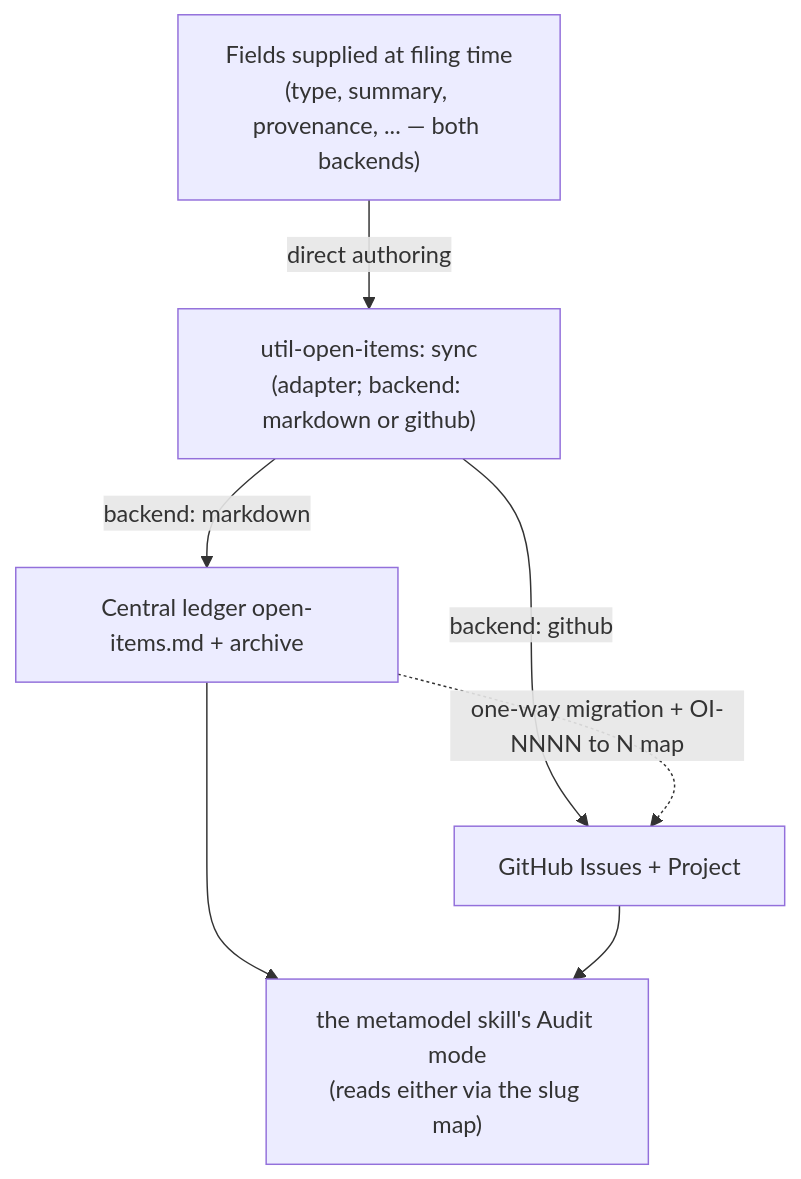
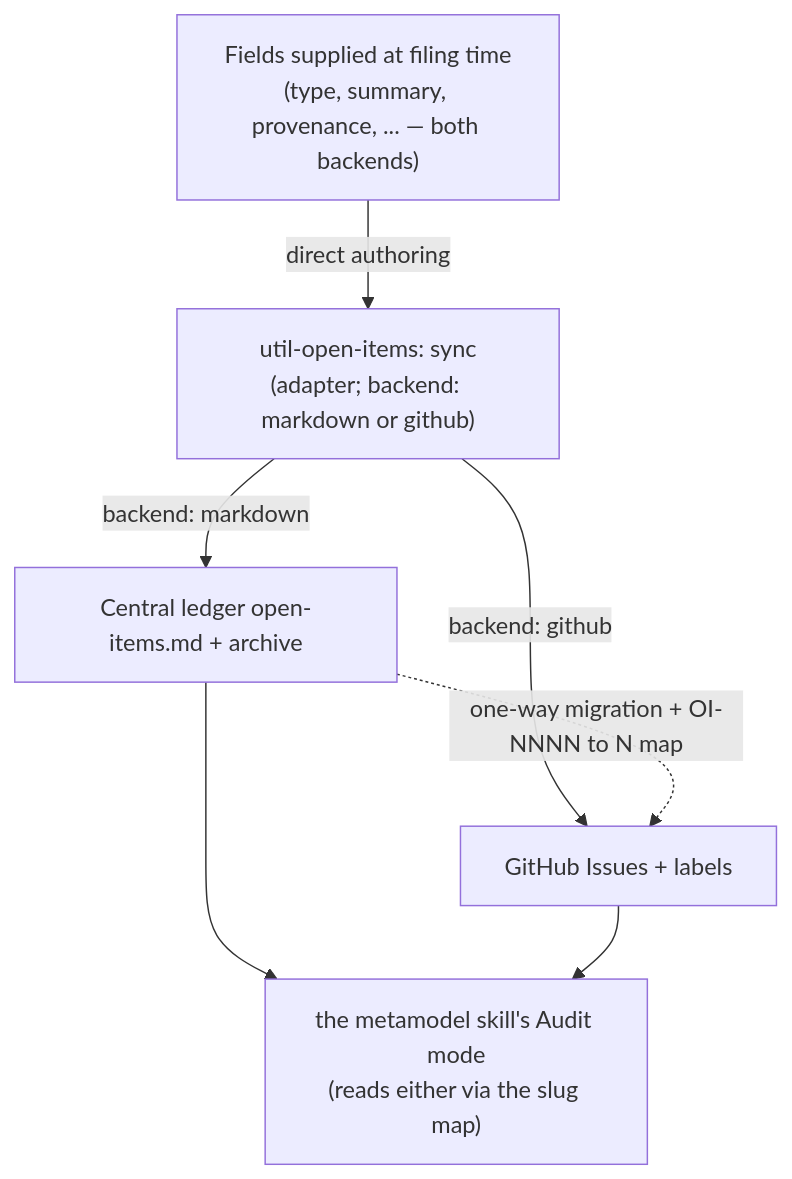
Before and after one commit to VictorHueni/homemade-agents-skills: the first of 2 diagrams in plugins/kit-core/skills/util-open-items/references/github-backend.md, drawn with Mermaid. The commit also changed other lines of this file and 46 other files, not shown here.

First line of the commit message:
feat(open-items): agent-execution layer for the github backend (#75)

````diff
--- a/plugins/kit-core/skills/util-open-items/references/github-backend.md
+++ b/plugins/kit-core/skills/util-open-items/references/github-backend.md
@@ -150,12 +229,12 @@
 ```mermaid
 flowchart TD
     FIELDS["Fields supplied at filing time<br/>(type, summary, provenance, ... — both backends)"]
     SYNC["util-open-items: sync<br/>(adapter; backend: markdown or github)"]
     FIELDS -->|"direct authoring"| SYNC
     SYNC -->|"backend: markdown"| MD["Central ledger open-items.md + archive"]
-    SYNC -->|"backend: github"| GH["GitHub Issues + Project"]
+    SYNC -->|"backend: github"| GH["GitHub Issues + labels"]
     MD -.->|"one-way migration + OI-NNNN to N map"| GH
     AUDIT["the metamodel skill's Audit mode<br/>(reads either via the slug map)"]
     MD --> AUDIT
     GH --> AUDIT
 ```
````
